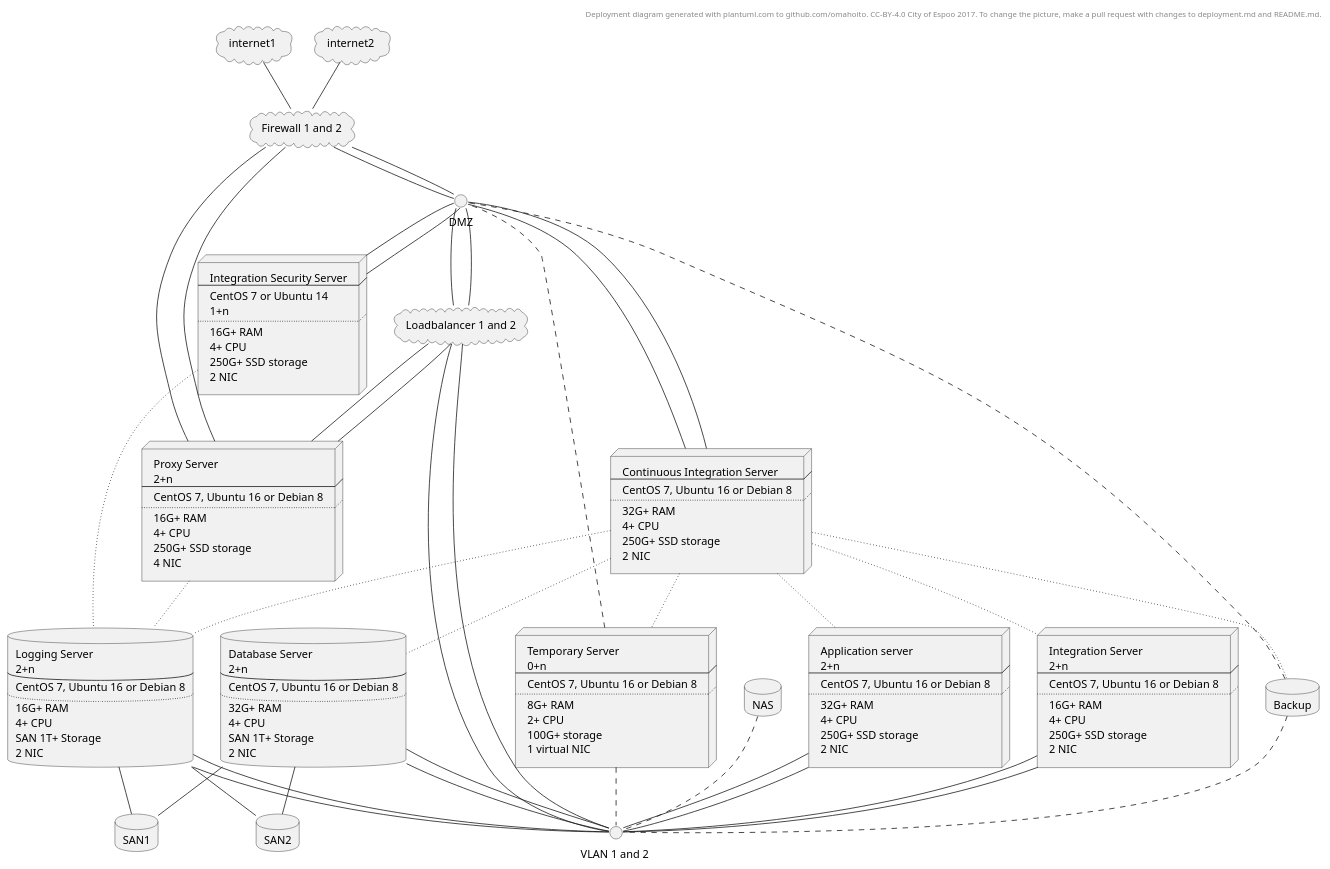
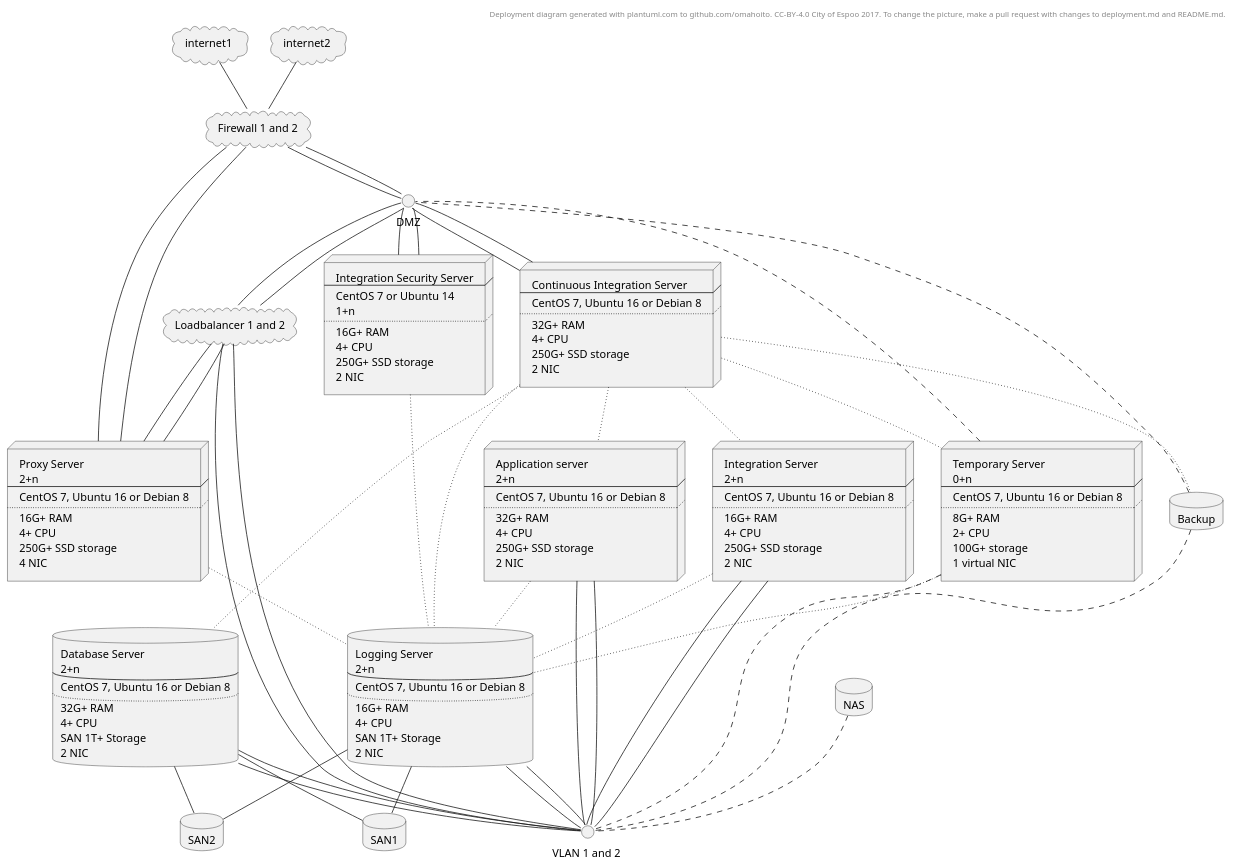
Before and after one commit to ruoat/definitions: the diagram in deployment.md, drawn with PlantUML.

```diff
--- a/deployment.md
+++ b/deployment.md
@@ -138,9 +138,11 @@
 logging1 -- SAN2
 nodeintegration2 -- VLAN1
 nodeintegration2 -- VLAN1
+nodeintegration2 ~~ logging1
 nodeci ~~ nodeintegration2
 logging1 -- VLAN1
 logging1 -- VLAN1
+nodeas1 ~~ logging1
 nodeas1 -- VLAN1
 nodeas1 -- VLAN1
 nodeci ~~ nodeas1
@@ -149,6 +151,7 @@
 nodeci ~~ Backup
 nodevm .. VLAN1
 nodevm .. DMZ
+nodevm ~~ logging1
 nodeci ~~ nodevm
 NAS .. VLAN1
 @enduml
```
